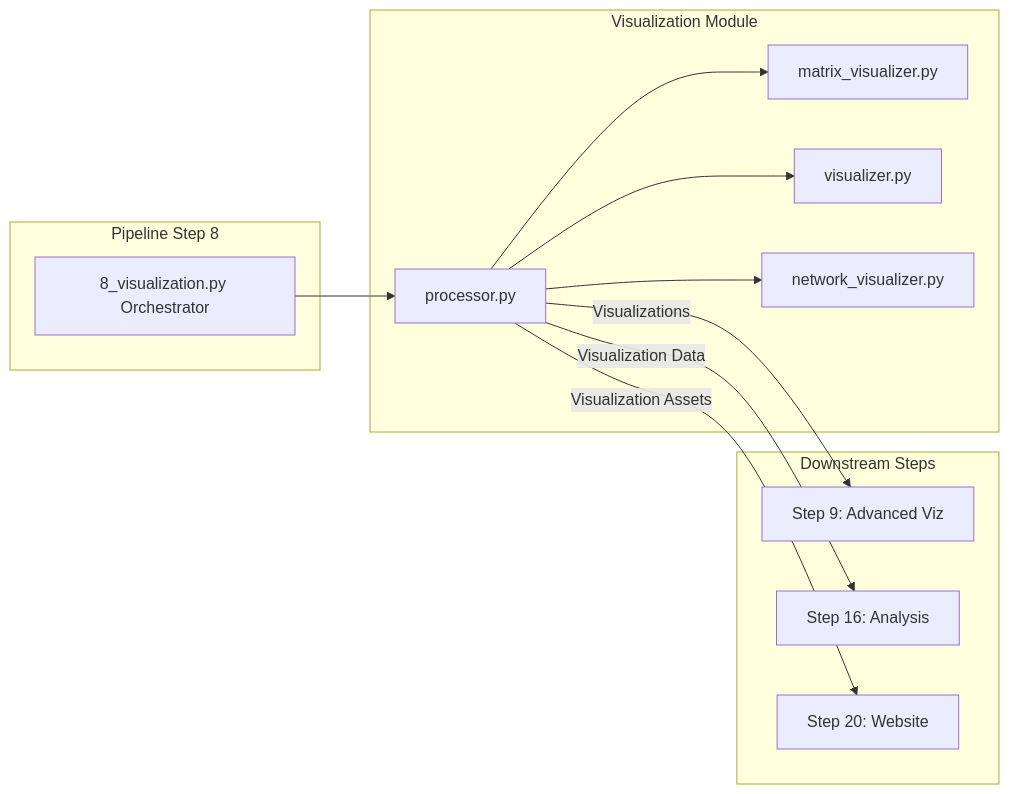
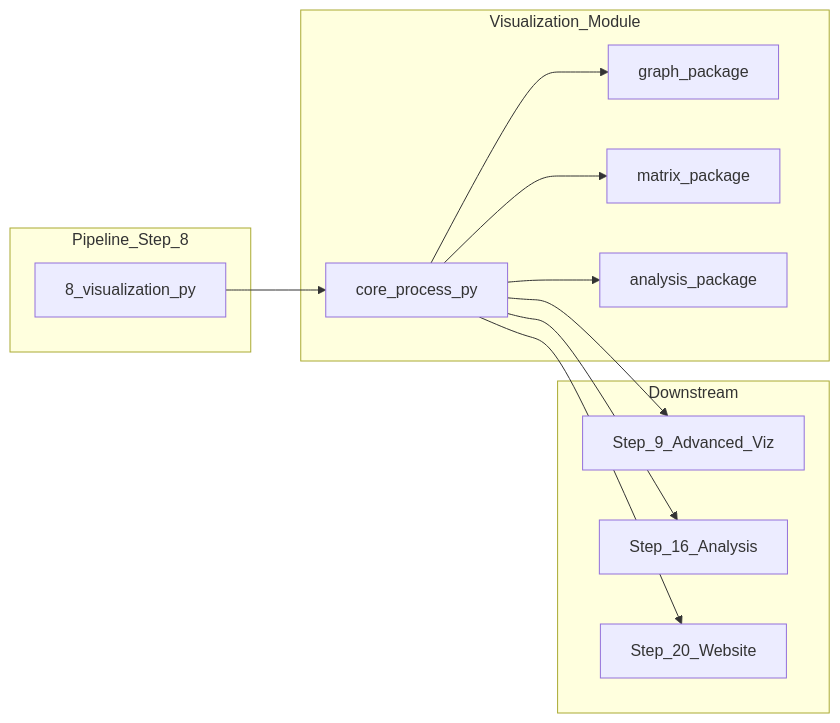
One commit to ActiveInferenceInstitute/GeneralizedNotationNotation changed the third of 3 diagrams in src/visualization/README.md. Above: the diagram before and after it, drawn with Mermaid. The commit also changed other lines of this file and 1845 other files, not shown here.

````diff
--- a/src/visualization/README.md
+++ b/src/visualization/README.md
@@ -93,28 +84,24 @@
 ```mermaid
 flowchart LR
-    subgraph "Pipeline Step 8"
-        Step8[8_visualization.py Orchestrator]
+    subgraph "Pipeline_Step_8"
+        Step8[8_visualization_py]
     end
-    
-    subgraph "Visualization Module"
-        Processor[processor.py]
-        MatrixViz[matrix_visualizer.py]
-        GraphViz[visualizer.py]
-        NetworkViz[network_visualizer.py]
+    subgraph "Visualization_Module"
+        CoreProc[core_process_py]
+        GraphMod[graph_package]
+        MatrixMod[matrix_package]
+        AnalysisMod[analysis_package]
     end
-    
-    subgraph "Downstream Steps"
-        Step9[Step 9: Advanced Viz]
-        Step16[Step 16: Analysis]
-        Step20[Step 20: Website]
+    subgraph "Downstream"
+        Step9[Step_9_Advanced_Viz]
+        Step16[Step_16_Analysis]
+        Step20[Step_20_Website]
     end
-    
-    Step8 --> Processor
-    Processor --> MatrixViz
-    Processor --> GraphViz
-    Processor --> NetworkViz
-    
-    Processor -->|Visualizations| Step9
-    Processor -->|Visualization Data| Step16
-    Processor -->|Visualization Assets| Step20
+    Step8 --> CoreProc
+    CoreProc --> GraphMod
+    CoreProc --> MatrixMod
+    CoreProc --> AnalysisMod
+    CoreProc --> Step9
+    CoreProc --> Step16
+    CoreProc --> Step20
 ```
````
